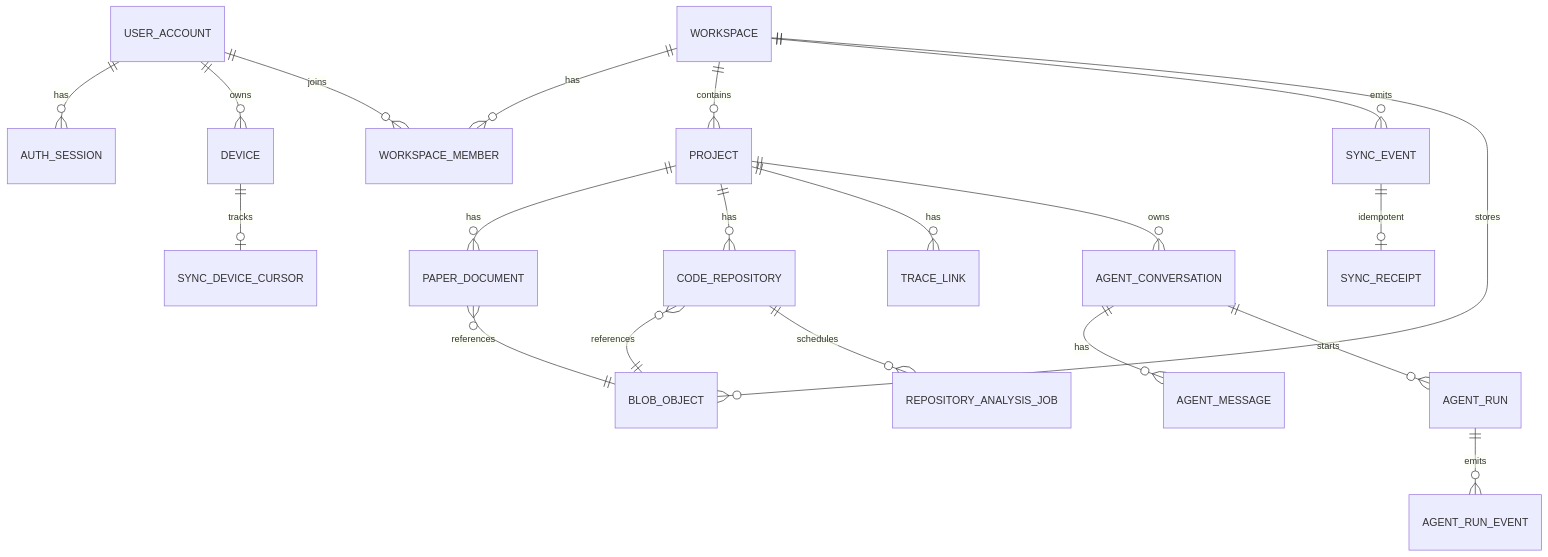
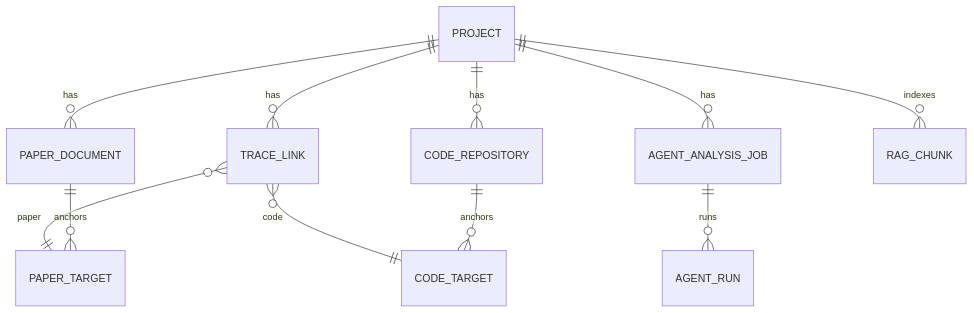
One commit to 1JI0O/SE26Project-15 changed the second of 2 diagrams in FinalRelease/软件架构文档.md. Above: the diagram before and after it, drawn with Mermaid. The commit also changed other lines of this file and 1 other file, not shown here.

````diff
--- a/FinalRelease/软件架构文档.md
+++ b/FinalRelease/软件架构文档.md
@@ -974,22 +315,13 @@
 ```mermaid
 erDiagram
-  USER_ACCOUNT ||--o{ AUTH_SESSION : has
-  USER_ACCOUNT ||--o{ DEVICE : owns
-  USER_ACCOUNT ||--o{ WORKSPACE_MEMBER : joins
-  WORKSPACE ||--o{ WORKSPACE_MEMBER : has
-  WORKSPACE ||--o{ PROJECT : contains
-  WORKSPACE ||--o{ SYNC_EVENT : emits
-  WORKSPACE ||--o{ BLOB_OBJECT : stores
   PROJECT ||--o{ PAPER_DOCUMENT : has
   PROJECT ||--o{ CODE_REPOSITORY : has
   PROJECT ||--o{ TRACE_LINK : has
-  PROJECT ||--o{ AGENT_CONVERSATION : owns
-  PAPER_DOCUMENT }o--|| BLOB_OBJECT : references
-  CODE_REPOSITORY }o--|| BLOB_OBJECT : references
-  CODE_REPOSITORY ||--o{ REPOSITORY_ANALYSIS_JOB : schedules
-  AGENT_CONVERSATION ||--o{ AGENT_MESSAGE : has
-  AGENT_CONVERSATION ||--o{ AGENT_RUN : starts
-  AGENT_RUN ||--o{ AGENT_RUN_EVENT : emits
-  SYNC_EVENT ||--o| SYNC_RECEIPT : idempotent
-  DEVICE ||--o| SYNC_DEVICE_CURSOR : tracks
+  PROJECT ||--o{ AGENT_ANALYSIS_JOB : has
+  TRACE_LINK }o--|| PAPER_TARGET : paper
+  TRACE_LINK }o--|| CODE_TARGET : code
+  PAPER_DOCUMENT ||--o{ PAPER_TARGET : anchors
+  CODE_REPOSITORY ||--o{ CODE_TARGET : anchors
+  AGENT_ANALYSIS_JOB ||--o{ AGENT_RUN : runs
+  PROJECT ||--o{ RAG_CHUNK : indexes
 ```
````
